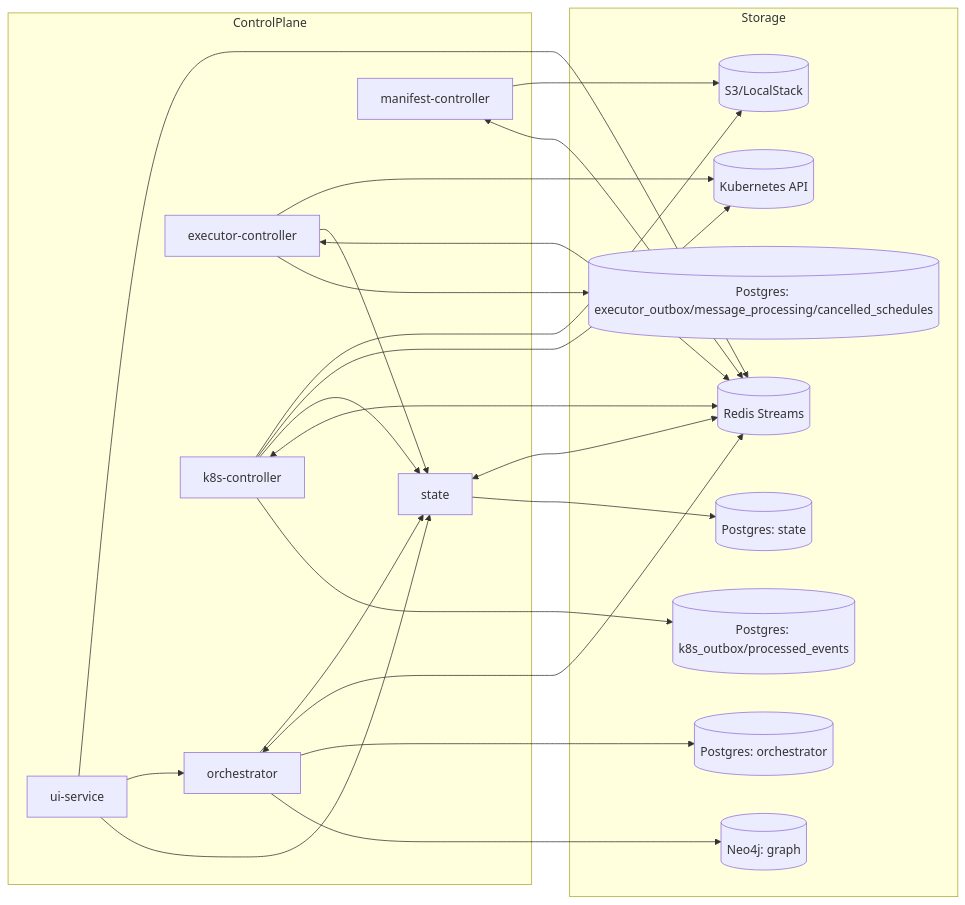
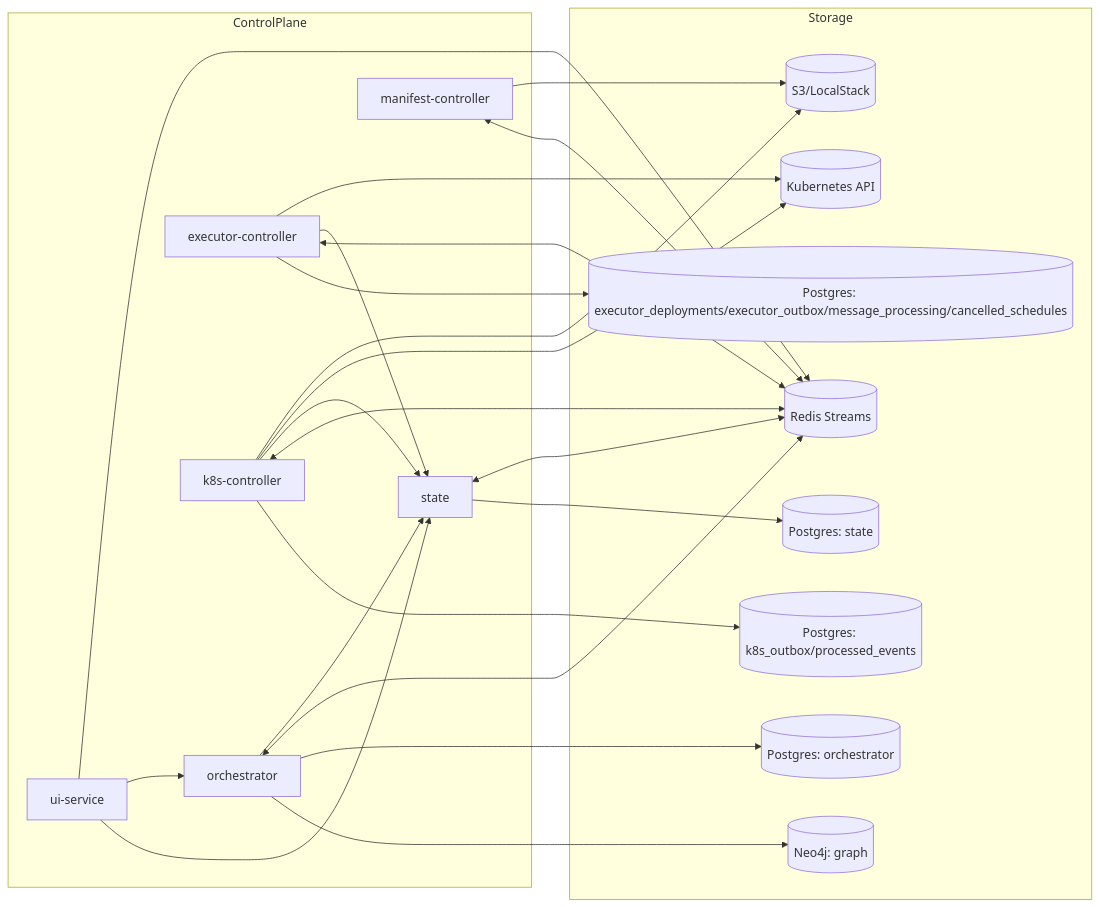
The first of 2 diagrams in docs/arch/01-topology.md (carolsimone/continuo), drawn with Mermaid before and after one commit. The commit also changed other lines of this file and 6 other files, not shown here.

````diff
--- a/docs/arch/01-topology.md
+++ b/docs/arch/01-topology.md
@@ -5,46 +5,46 @@
 ```mermaid
 flowchart LR
   subgraph ControlPlane
     ST[state]
     OR[orchestrator]
     EC[executor-controller]
     KC[k8s-controller]
     MC[manifest-controller]
     UI[ui-service]
   end
 
   subgraph Storage
     STDB[(Postgres: state)]
     ORPG[(Postgres: orchestrator)]
     GRDB[(Neo4j: graph)]
-    ECPG[(Postgres: executor_outbox/message_processing/cancelled_schedules)]
+    ECPG[(Postgres: executor_deployments/executor_outbox/message_processing/cancelled_schedules)]
     KCPG[(Postgres: k8s_outbox/processed_events)]
     S3[(S3/LocalStack)]
     K8S[(Kubernetes API)]
     R[(Redis Streams)]
   end
 
   ST --> STDB
   OR --> GRDB
   OR --> ORPG
   EC --> ECPG
   KC --> KCPG
 
   ST <--> R
   OR <--> R
   EC <--> R
   KC <--> R
   MC <--> R
 
   OR --> ST
   EC --> ST
   KC --> ST
   UI --> ST
   UI --> OR
   UI --> R
 
   EC --> K8S
   KC --> K8S
   KC --> S3
   MC --> S3
 ```
````
